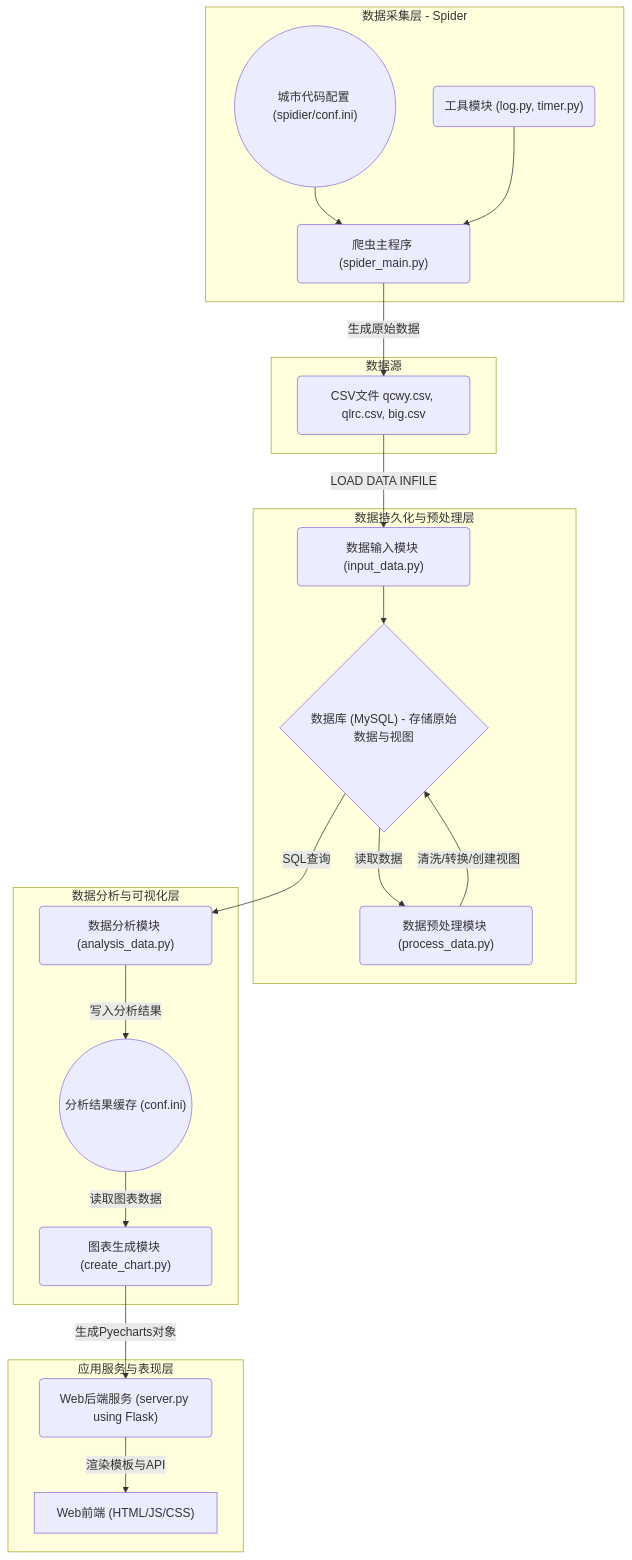
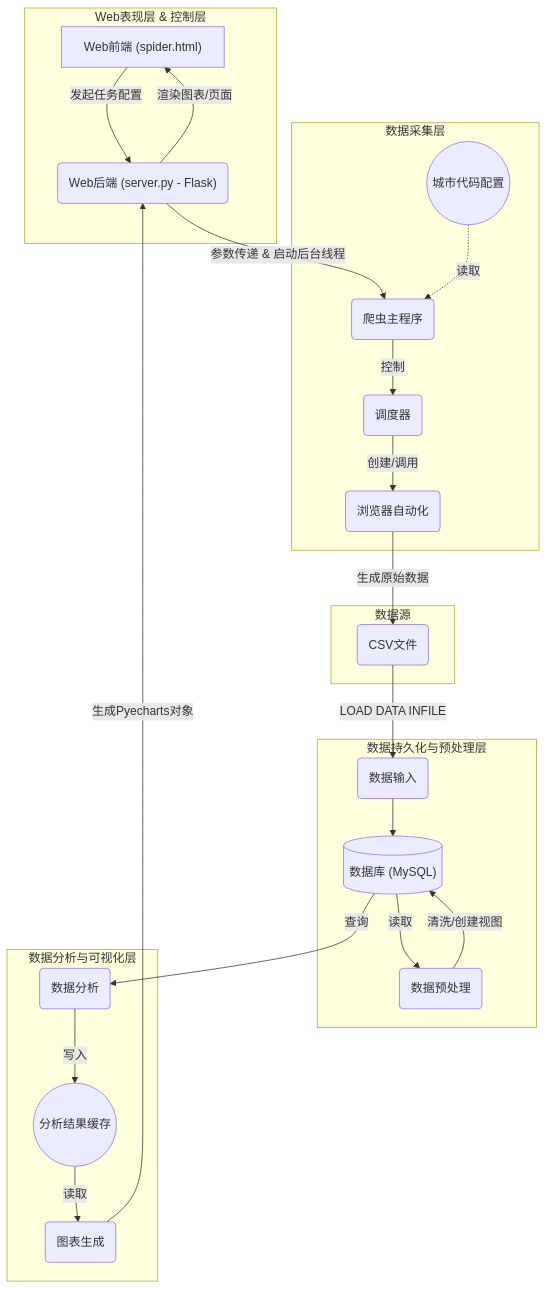
One commit to ApolloMonasa/ApolloMonasa.github.io changed the diagram in content/portfolio/JobAnalysis/main.md. Above: the diagram before and after it, drawn with Mermaid. The commit also changed other lines of this file, not shown here.

````diff
--- a/content/portfolio/JobAnalysis/main.md
+++ b/content/portfolio/JobAnalysis/main.md
@@ -20,42 +21,68 @@
 ```mermaid
 graph TD
-    subgraph A [数据采集层 - Spider]
-        A1("爬虫主程序 (spider_main.py)")
-        A2(("城市代码配置 (spidier/conf.ini)"))
-        A3("工具模块 (log.py, timer.py)")
+    %% 1. 定义所有节点
+    A1["Web前端 (spider.html)"]
+    A2("Web后端 (server.py - Flask)")
+    
+    B1("爬虫主程序")
+    B2(("城市代码配置"))
+    B3("调度器")
+    B4("浏览器自动化")
+    
+    C1(CSV文件)
+    
+    D1("数据输入")
+    D2[("数据库 (MySQL)")]
+    D3("数据预处理")
+    
+    E1("数据分析")
+    E2(("分析结果缓存"))
+    E3("图表生成")
+
+    %% 2. 定义所有连接关系
+    A1 -- "发起任务配置" --> A2
+    A2 -- "参数传递 & 启动后台线程" --> B1
+    B1 -- "控制" --> B3
+    B3 -- "创建/调用" --> B4
+    B2 -. "读取" .-> B1
+    B4 -- "生成原始数据" --> C1
+    
+    C1 -- "LOAD DATA INFILE" --> D1
+    D1 --> D2
+    D2 -- "读取" --> D3
+    D3 -- "清洗/创建视图" --> D2
+    D2 -- "查询" --> E1
+    E1 -- "写入" --> E2
+    E2 -- "读取" --> E3
+    E3 -- "生成Pyecharts对象" --> A2
+    A2 -- "渲染图表/页面" --> A1
+
+    %% 3. 定义所有子图 (Subgraph)，将节点分组
+    subgraph A [Web表现层 & 控制层]
+        A1
+        A2
     end
 
-    subgraph B [数据源]
-        B1(CSV文件 qcwy.csv, qlrc.csv, big.csv)
+    subgraph B [数据采集层]
+        B1
+        B2
+        B3
+        B4
     end
 
-    subgraph C [数据持久化与预处理层]
-        C1("数据输入模块 (input_data.py)")
-        C2{"数据库 (MySQL) - 存储原始数据与视图"}
-        C3("数据预处理模块 (process_data.py)")
+    subgraph C [数据源]
+        C1
     end
 
-    subgraph D [数据分析与可视化层]
-        D1("数据分析模块 (analysis_data.py)")
-        D2(("分析结果缓存 (conf.ini)"))
-        D3("图表生成模块 (create_chart.py)")
+    subgraph D [数据持久化与预处理层]
+        D1
+        D2
+        D3
     end
 
-    subgraph E [应用服务与表现层]
-        E1("Web后端服务 (server.py using Flask)")
-        E2["Web前端 (HTML/JS/CSS)"]
+    subgraph E [数据分析与可视化层]
+        E1
+        E2
+        E3
     end
-    
-    A2 --> A1
-    A3 --> A1
-    A1 -- "生成原始数据" --> B1
-    B1 -- "LOAD DATA INFILE" --> C1
-    C1 --> C2
-    C2 -- "读取数据" --> C3
-    C3 -- "清洗/转换/创建视图" --> C2
-    C2 -- "SQL查询" --> D1
-    D1 -- "写入分析结果" --> D2
-    D2 -- "读取图表数据" --> D3
-    D3 -- "生成Pyecharts对象" --> E1
-    E1 -- "渲染模板与API" --> E2
 ```
````
